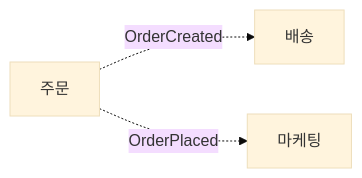
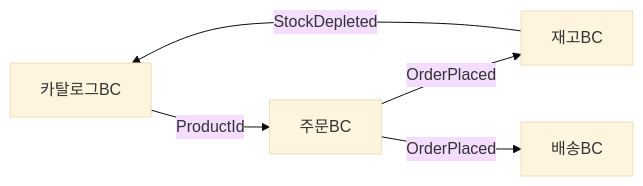
One commit to yjkim2015/yjkim2015.github.io changed the first of 4 diagrams in _posts/architecture/2026-05-01-ddd.md. Above: the diagram before and after it, drawn with Mermaid (base theme). The commit also changed other lines of this file and 4 other files, not shown here.

````diff
--- a/_posts/architecture/2026-05-01-ddd.md
+++ b/_posts/architecture/2026-05-01-ddd.md
@@ -88,5 +156,7 @@
 ```mermaid
 graph LR
-    ORDER["주문"] -.->|OrderCreated| SHIPPING["배송"]
-    ORDER -.->|OrderPlaced| MARKETING["마케팅"]
+    CAT["카탈로그BC"] -->|ProductId| ORD["주문BC"]
+    ORD -->|OrderPlaced| INV["재고BC"]
+    ORD -->|OrderPlaced| SHIP["배송BC"]
+    INV -->|StockDepleted| CAT
 ```
````
